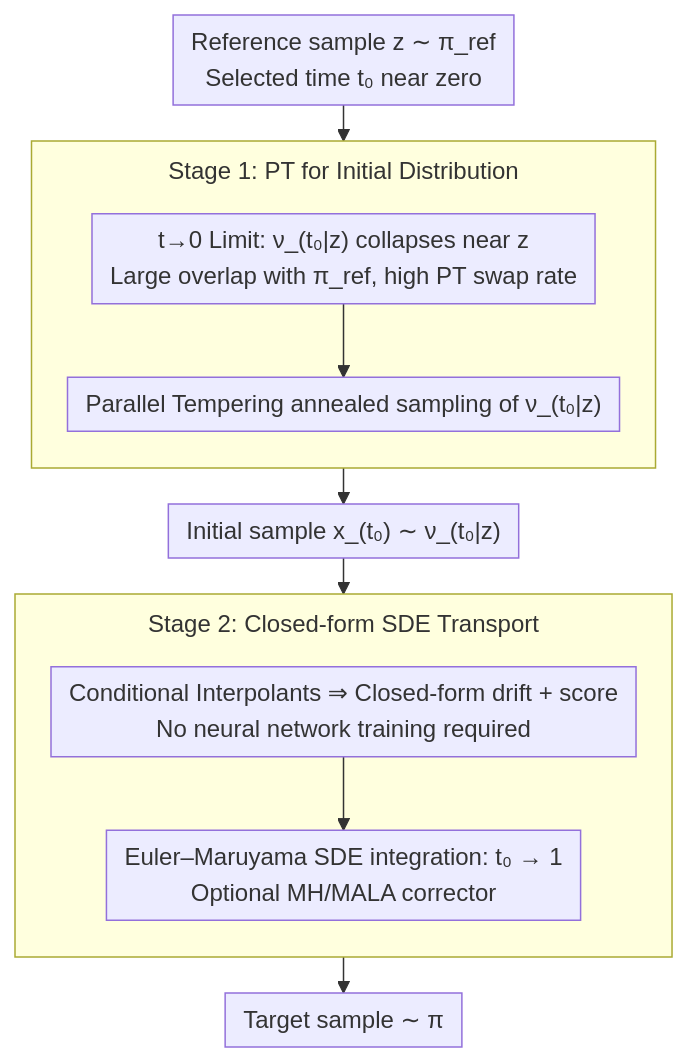
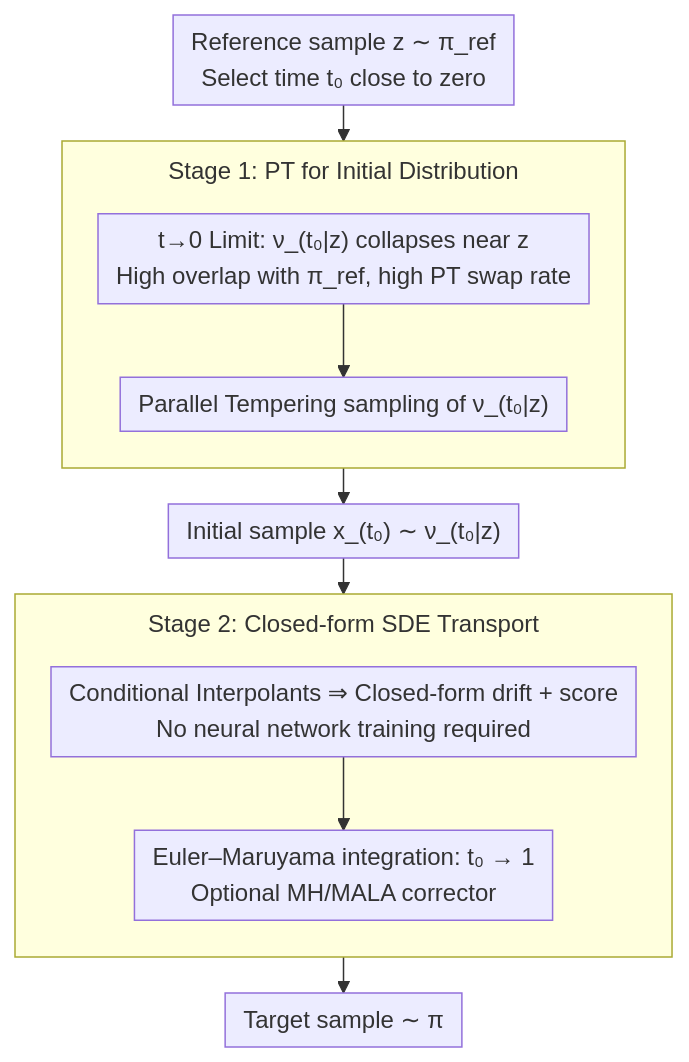
Before and after one commit to zhaoyang97/Paper-Notes-en: the diagram in docs/ICML2026/multimodal_vlm/conditional_diffusion_sampling.md, drawn with Mermaid. The commit also changed other lines of this file and 5084 other files, not shown here.

````diff
--- a/docs/ICML2026/multimodal_vlm/conditional_diffusion_sampling.md
+++ b/docs/ICML2026/multimodal_vlm/conditional_diffusion_sampling.md
@@ -50,16 +50,16 @@
 ```mermaid
 %%{init: {'flowchart': {'rankSpacing': 24, 'nodeSpacing': 28, 'padding': 6, 'wrappingWidth': 400, 'subGraphTitleMargin': {'top': 8, 'bottom': 16}}}}%%
 flowchart TD
-    A["Reference sample z ∼ π_ref<br/>Selected time t₀ near zero"] --> S1
+    A["Reference sample z ∼ π_ref<br/>Select time t₀ close to zero"] --> S1
     subgraph S1["Stage 1: PT for Initial Distribution"]
         direction TB
-        B["t→0 Limit: ν_(t₀|z) collapses near z<br/>Large overlap with π_ref, high PT swap rate"] --> C["Parallel Tempering annealed sampling of ν_(t₀|z)"]
+        B["t→0 Limit: ν_(t₀|z) collapses near z<br/>High overlap with π_ref, high PT swap rate"] --> C["Parallel Tempering sampling of ν_(t₀|z)"]
     end
     S1 --> D["Initial sample x_(t₀) ∼ ν_(t₀|z)"]
     D --> S2
     subgraph S2["Stage 2: Closed-form SDE Transport"]
         direction TB
-        E["Conditional Interpolants ⇒ Closed-form drift + score<br/>No neural network training required"] --> F["Euler–Maruyama SDE integration: t₀ → 1<br/>Optional MH/MALA corrector"]
+        E["Conditional Interpolants ⇒ Closed-form drift + score<br/>No neural network training required"] --> F["Euler–Maruyama integration: t₀ → 1<br/>Optional MH/MALA corrector"]
     end
     S2 --> G["Target sample ∼ π"]
 ```
````
